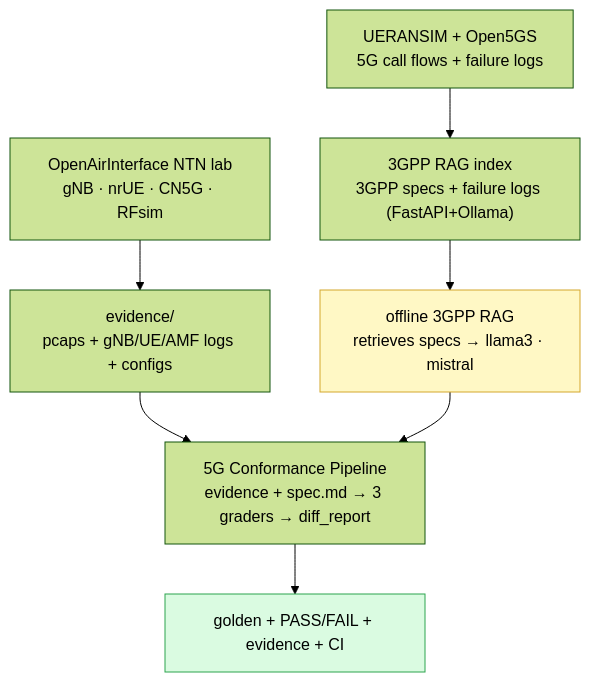
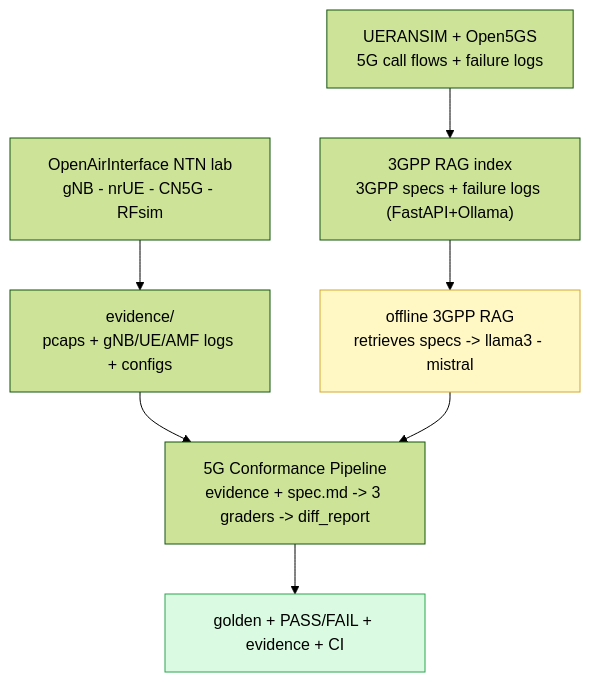
The diagram in docs/SETUP_AND_ARCHITECTURE.md (sureshramadolla428/3gpp-conformance-pipeline), drawn with Mermaid (forest theme) before and after one commit. The commit also changed other lines of this file and 30 other files, not shown here.

````diff
--- a/docs/SETUP_AND_ARCHITECTURE.md
+++ b/docs/SETUP_AND_ARCHITECTURE.md
@@ -8,13 +8,13 @@
 ```mermaid
 flowchart TD
-    OAI["OpenAirInterface NTN lab<br/>gNB · nrUE · CN5G · RFsim"] --> EV["evidence/<br/>pcaps + gNB/UE/AMF logs + configs"]
+    OAI["OpenAirInterface NTN lab<br/>gNB - nrUE - CN5G - RFsim"] --> EV["evidence/<br/>pcaps + gNB/UE/AMF logs + configs"]
     URS["UERANSIM + Open5GS<br/>5G call flows + failure logs"] --> RAG["3GPP RAG index<br/>3GPP specs + failure logs (FastAPI+Ollama)"]
-    RAG --> OFF["offline 3GPP RAG<br/>retrieves specs → llama3 · mistral"]
-    EV --> PIPE["5G Conformance Pipeline<br/>evidence + spec.md → 3 graders → diff_report"]
+    RAG --> OFF["offline 3GPP RAG<br/>retrieves specs -> llama3 - mistral"]
+    EV --> PIPE["5G Conformance Pipeline<br/>evidence + spec.md -> 3 graders -> diff_report"]
     OFF --> PIPE
     PIPE --> OUT["golden + PASS/FAIL + evidence + CI"]
     classDef off fill:#fff8c5,stroke:#d4a72c;
     classDef ok fill:#dafbe1,stroke:#2da44e;
     class OFF off;
     class OUT ok;
 ```
````
